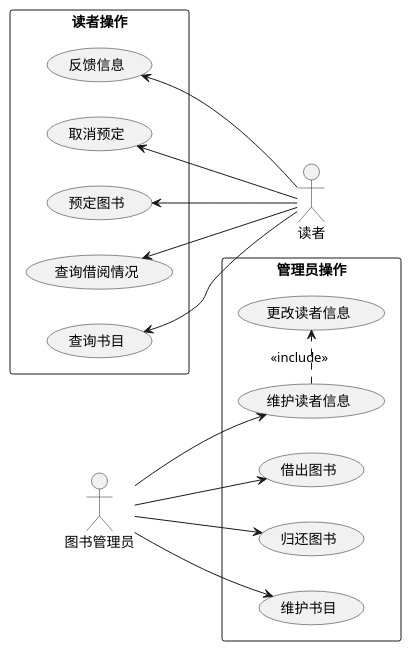
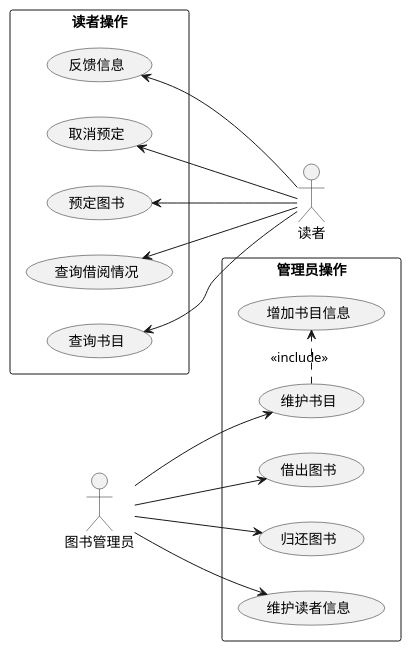
The diagram in test2/puml/test2-1.puml (YYttaa/is_analysis-2), drawn with PlantUML before and after one commit. The commit also changed 7 other files, not shown here.

```diff
--- a/test2/puml/test2-1.puml
+++ b/test2/puml/test2-1.puml
@@ -1,31 +1,31 @@
 @startuml
 :图书管理员:as admin
 :读者:as reader
 left to right direction
 rectangle 管理员操作{
     (借出图书)
     (归还图书)
     (维护书目)
     (维护读者信息)
-    (更改读者信息)
+    (增加书目信息)
 }
 rectangle 读者操作{
     (查询书目)
     (查询借阅情况)
     (预定图书)
     (取消预定)
     (反馈信息)
 }
 'left to right direction
 admin -down->(借出图书)
 admin -down->(归还图书)
 admin -down->(维护书目)
 admin -down->(维护读者信息)
 reader -up->(查询书目)
 reader -up->(查询借阅情况)
 reader -up->(预定图书)
 reader -up->(取消预定)
 reader -up->(反馈信息)
-(维护读者信息).>(更改读者信息):<<include>>
+(维护书目).>(增加书目信息):<<include>>
 
 @enduml
```
